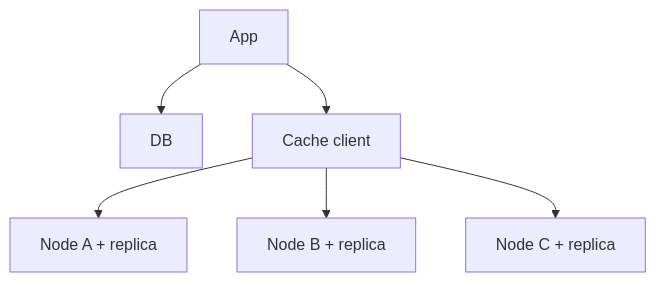
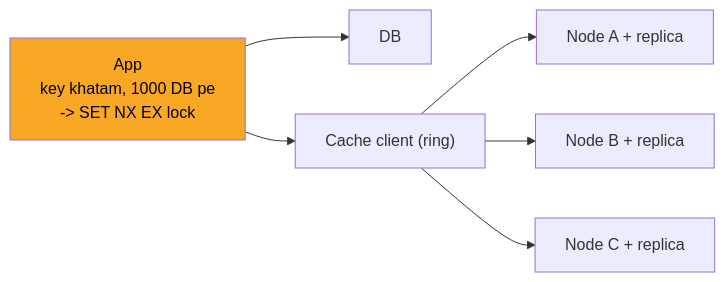
One commit to ArpanMaheshwari144/Prep changed the sixth of 8 diagrams in 04_HLD/SYSTEM_DESIGNS/10_distributed_cache/10_distributed_cache.md. Above: the diagram before and after it, drawn with Mermaid. The commit also changed other lines of this file and 2 other files, not shown here.

Commit message:
news, bookmyshow, cache: one-day story, short cards, follow-ups with rules, highlighted diagrams

````diff
--- a/04_HLD/SYSTEM_DESIGNS/10_distributed_cache/10_distributed_cache.md
+++ b/04_HLD/SYSTEM_DESIGNS/10_distributed_cache/10_distributed_cache.md
@@ -261,14 +256,15 @@
 ```mermaid
-flowchart TD
-    n_App["App"]
+flowchart LR
+    n_App["App<br/>key khatam, 1000 DB pe<br/>-> SET NX EX lock"]
     n_DB["DB"]
-    n_Cache_client["Cache client"]
+    n_Cache_client["Cache client (ring)"]
     n_Node_A_replica["Node A + replica"]
     n_Node_B_replica["Node B + replica"]
     n_Node_C_replica["Node C + replica"]
     n_App --> n_DB
     n_App --> n_Cache_client
     n_Cache_client --> n_Node_A_replica
     n_Cache_client --> n_Node_B_replica
     n_Cache_client --> n_Node_C_replica
+    style n_App fill:#f9a825,color:#000
 ```
````
